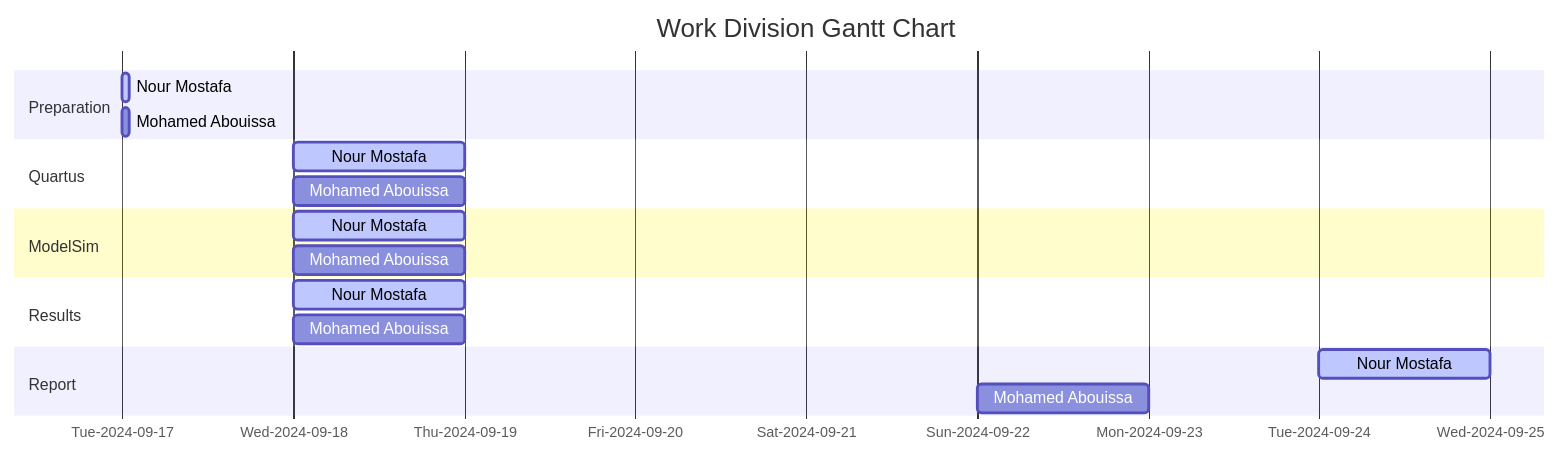
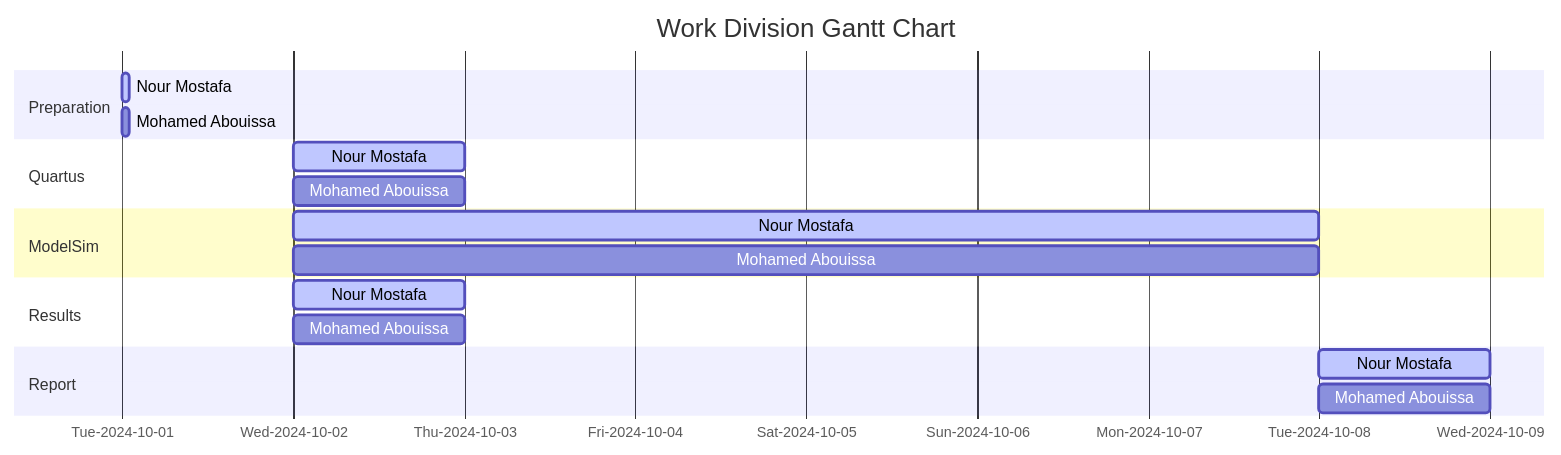
Before and after one commit to MONO-1223/AURAK-CENG336-ComputerArchitectureLab: the diagram in Lab 04 - Counters/README.md, drawn with Mermaid. The commit also changed other lines of this file, not shown here.

Commit message:
abstract, intro, gantt done

````diff
--- a/Lab 04 - Counters/README.md
+++ b/Lab 04 - Counters/README.md
@@ -257,22 +260,22 @@
 ```mermaid
 gantt
     title Work Division Gantt Chart
     tickInterval 1day
     todayMarker off
     axisFormat %a-%Y-%m-%d
     section Preparation         
-        Nour Mostafa : active, 2024-09-17 00:00, 01h
-        Mohamed Abouissa : 2024-09-17 00:00, 01h
+        Nour Mostafa : active, 2024-10-01 00:00, 01h
+        Mohamed Abouissa : 2024-10-01 00:00, 01h
     section Quartus         
-        Nour Mostafa : active, 2024-09-18 00:00, 1d
-        Mohamed Abouissa : 2024-09-18 00:00, 1d
+        Nour Mostafa : active, 2024-10-02 00:00, 1d
+        Mohamed Abouissa : 2024-10-02 00:00, 1d
     section ModelSim       
-        Nour Mostafa : active,2024-09-18 00:00, 1d
-        Mohamed Abouissa : 2024-09-18 00:00, 1d
+        Nour Mostafa : active,2024-10-02 00:00, 6d
+        Mohamed Abouissa : 2024-10-02 00:00, 6d
     section Results       
-        Nour Mostafa : active,2024-09-18 00:00, 1d
-        Mohamed Abouissa : 2024-09-18 00:00, 1d
+        Nour Mostafa : active,2024-10-02 00:00, 1d
+        Mohamed Abouissa : 2024-10-02 00:00, 1d
     section Report
-        Nour Mostafa : active,2024-09-24 00:00, 1d
-        Mohamed Abouissa : 2024-09-22 00:00, 1d
+        Nour Mostafa : active,2024-10-08 00:00, 1d
+        Mohamed Abouissa : 2024-10-08 00:00, 1d
 ```
````
